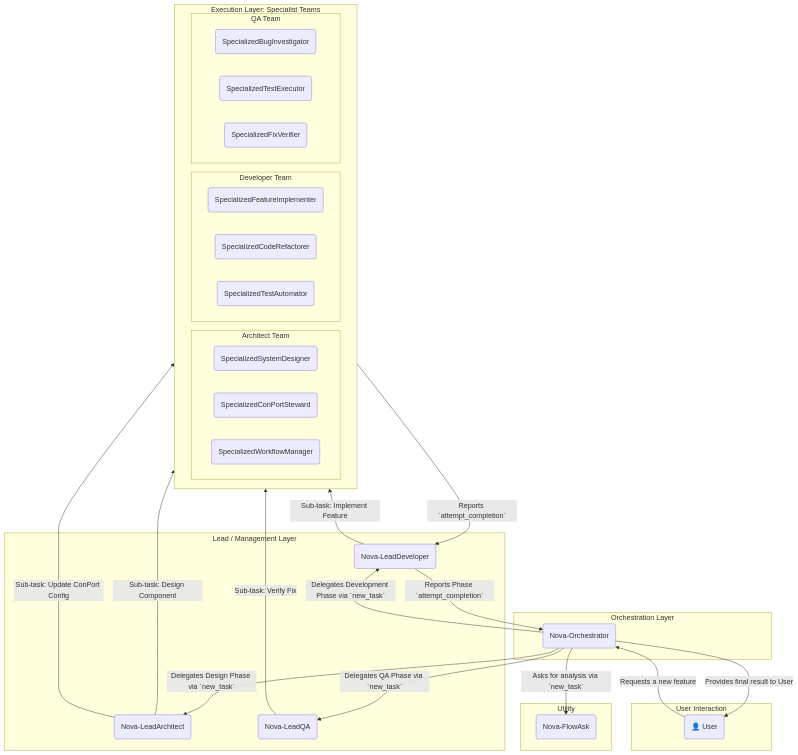
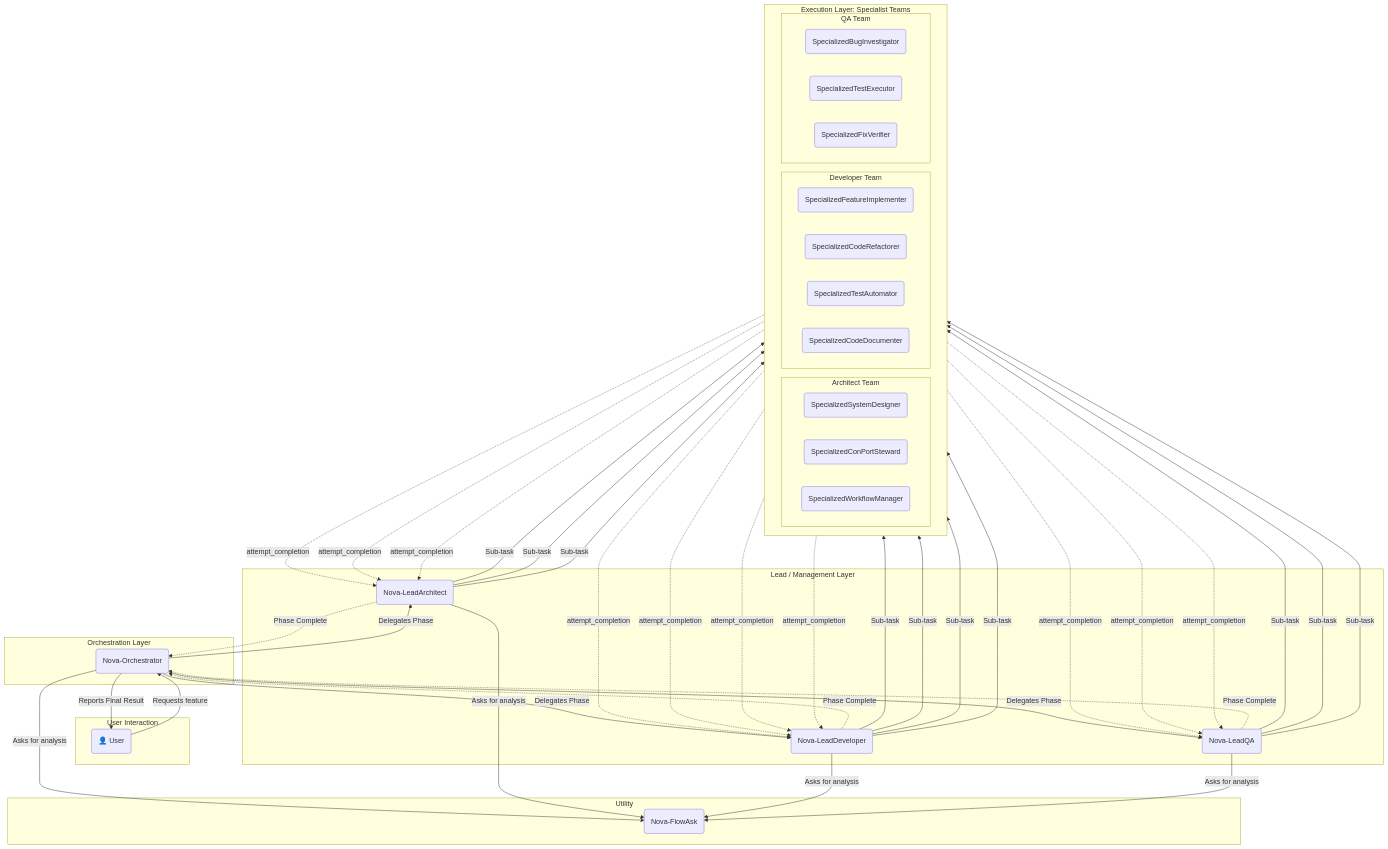
Before and after one commit to Siroopfles/NovaPort: the diagram in README.md, drawn with Mermaid. The commit also changed other lines of this file and 1 other file, not shown here.

Commit message:
Update README to clarify system architecture and communication flow

````diff
--- a/README.md
+++ b/README.md
@@ -169,56 +175,82 @@
 ```mermaid
 graph TD
     subgraph "User Interaction"
         User(👤 User)
     end
 
     subgraph "Orchestration Layer"
         Orchestrator(Nova-Orchestrator)
     end
 
     subgraph "Lead / Management Layer"
         LeadArch(Nova-LeadArchitect)
         LeadDev(Nova-LeadDeveloper)
         LeadQA(Nova-LeadQA)
     end
     
     subgraph "Execution Layer: Specialist Teams"
         direction LR
         subgraph "Architect Team"
             S_Designer(SpecializedSystemDesigner)
             S_ConPort(SpecializedConPortSteward)
             S_Workflow(SpecializedWorkflowManager)
         end
         subgraph "Developer Team"
             S_Implementer(SpecializedFeatureImplementer)
             S_Refactorer(SpecializedCodeRefactorer)
-            S_Tester(SpecializedTestAutomator)
+            S_TestAutomator(SpecializedTestAutomator)
+            S_Doc(SpecializedCodeDocumenter)
         end
         subgraph "QA Team"
             S_Investigator(SpecializedBugInvestigator)
             S_Executor(SpecializedTestExecutor)
             S_Verifier(SpecializedFixVerifier)
         end
     end
     
     subgraph "Utility"
         FlowAsk(Nova-FlowAsk)
     end
 
-    User -- "Requests a new feature" --> Orchestrator;
-    Orchestrator -- "Delegates Design Phase via `new_task`" --> LeadArch;
-    Orchestrator -- "Delegates Development Phase via `new_task`" --> LeadDev;
-    Orchestrator -- "Delegates QA Phase via `new_task`" --> LeadQA;
+    %% Main Request Flow
+    User -- "Requests feature" --> Orchestrator
+    Orchestrator -- "Delegates Phase" --> LeadArch
+    Orchestrator -- "Delegates Phase" --> LeadDev
+    Orchestrator -- "Delegates Phase" --> LeadQA
+    Orchestrator -- "Reports Final Result" --> User
 
-    LeadArch -- "Sub-task: Design Component" --> S_Designer;
-    LeadArch -- "Sub-task: Update ConPort Config" --> S_ConPort;
-    LeadDev -- "Sub-task: Implement Feature" --> S_Implementer;
-    LeadQA -- "Sub-task: Verify Fix" --> S_Verifier;
+    %% Architect Delegation & Feedback
+    LeadArch -- "Sub-task" --> S_Designer
+    LeadArch -- "Sub-task" --> S_ConPort
+    LeadArch -- "Sub-task" --> S_Workflow
+    S_Designer -.-> |attempt_completion| LeadArch
+    S_ConPort  -.-> |attempt_completion| LeadArch
+    S_Workflow -.-> |attempt_completion| LeadArch
+    LeadArch -.-> |Phase Complete| Orchestrator
+
+    %% Developer Delegation & Feedback
+    LeadDev -- "Sub-task" --> S_Implementer
+    LeadDev -- "Sub-task" --> S_Refactorer
+    LeadDev -- "Sub-task" --> S_TestAutomator
+    LeadDev -- "Sub-task" --> S_Doc
+    S_Implementer   -.-> |attempt_completion| LeadDev
+    S_Refactorer    -.-> |attempt_completion| LeadDev
+    S_TestAutomator -.-> |attempt_completion| LeadDev
+    S_Doc           -.-> |attempt_completion| LeadDev
+    LeadDev -.-> |Phase Complete| Orchestrator
     
-    S_Implementer -- "Reports `attempt_completion`" --> LeadDev;
-    LeadDev -- "Reports Phase `attempt_completion`" --> Orchestrator;
-    Orchestrator -- "Provides final result to User" --> User;
-    
-    Orchestrator -- "Asks for analysis via `new_task`" --> FlowAsk;
+    %% QA Delegation & Feedback
+    LeadQA -- "Sub-task" --> S_Investigator
+    LeadQA -- "Sub-task" --> S_Executor
+    LeadQA -- "Sub-task" --> S_Verifier
+    S_Investigator -.-> |attempt_completion| LeadQA
+    S_Executor     -.-> |attempt_completion| LeadQA
+    S_Verifier     -.-> |attempt_completion| LeadQA
+    LeadQA -.-> |Phase Complete| Orchestrator
 
+    %% FlowAsk Utility Calls
+    Orchestrator -- "Asks for analysis" --> FlowAsk
+    LeadArch -- "Asks for analysis" --> FlowAsk
+    LeadDev -- "Asks for analysis" --> FlowAsk
+    LeadQA -- "Asks for analysis" --> FlowAsk
 ```
````
